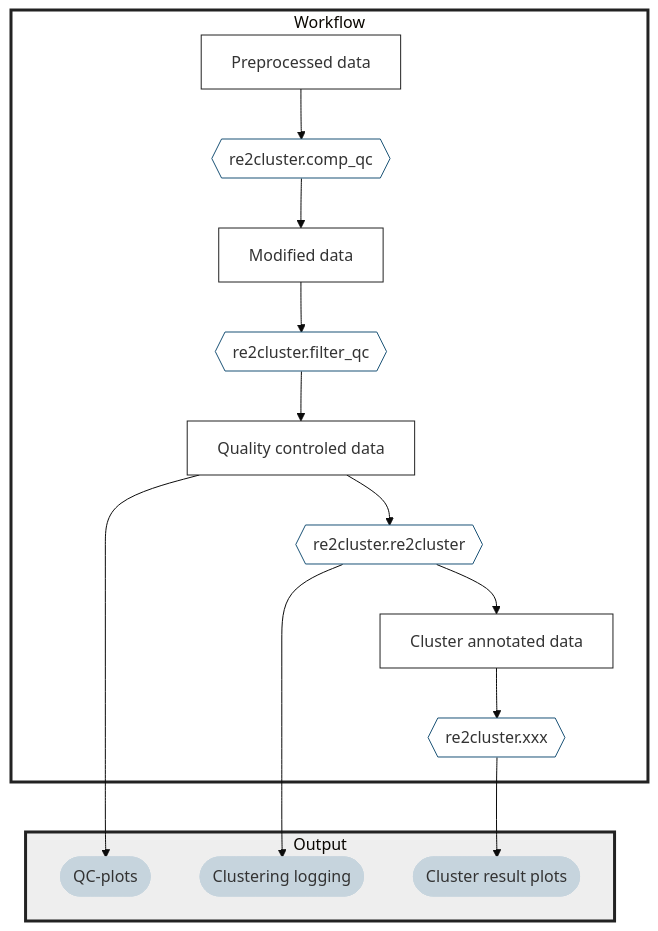
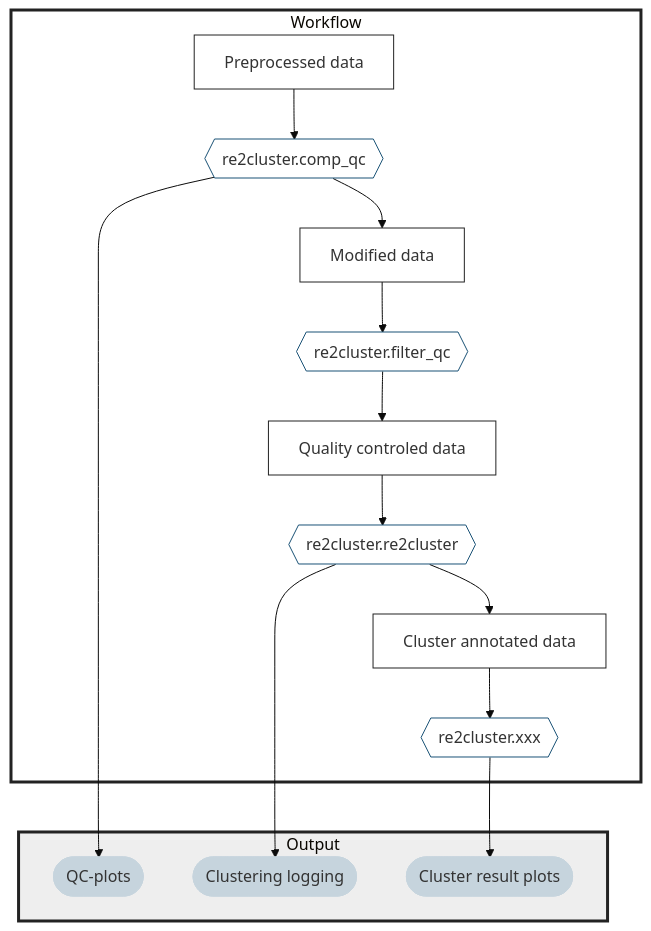
The diagram in README.md (lucas-diedrich/re2cluster), drawn with Mermaid (base theme) before and after one commit.

Commit message:
Mermaid flow chart

````diff
--- a/README.md
+++ b/README.md
@@ -9,44 +9,44 @@
 ```mermaid
 flowchart TD
 subgraph Workflow
     data1[Preprocessed data]
     data2[Modified data] 
     data3[Quality controled data]
     data4[Cluster annotated data]
 
     function1{{re2cluster.comp_qc}}
     function2{{re2cluster.filter_qc}}
     function3{{re2cluster.re2cluster}}
     function4{{re2cluster.xxx}}
 end
 subgraph Output
     plot1([QC-plots])
     plot2([Clustering logging])
     plot3([Cluster result plots])
 end
 
     data1 --> function1 --> data2
     data2 --> function2 --> data3
-    data3 --> plot1
+    function1 --> plot1
     data3 --> function3 --> data4 --> function4
     function3 --> plot2
     function4 --> plot3
 
 
     style Workflow fill:#ffffff, stroke: #222222, stroke-width:3
     style Output fill:#eeeeee, stroke: #222222, stroke-width:3
 
     style data1 fill:#ffffff, stroke:#222222
     style data2 fill:#ffffff, stroke:#222222
     style data3 fill:#ffffff, stroke:#222222
     style data4 fill:#ffffff, stroke:#222222
 
     style plot1 fill:#C6D4DD, stroke:#C6D4DD
     style plot2 fill:#C6D4DD, stroke:#C6D4DD
     style plot3 fill:#C6D4DD, stroke:#C6D4DD 
 
     style function1 fill:#ffffff, stroke:#1A5276
     style function2 fill:#ffffff, stroke:#1A5276
     style function3 fill:#ffffff, stroke:#1A5276
     style function4 fill:#ffffff, stroke:#1A5276 
 ```
````
